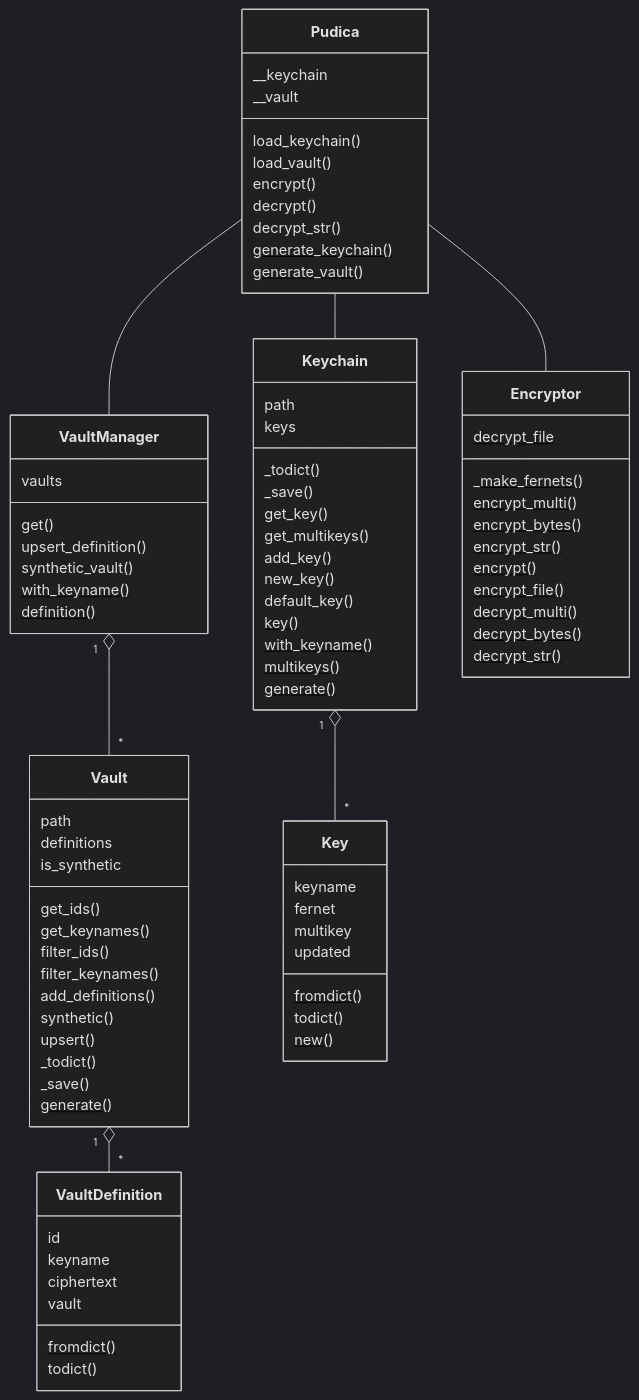
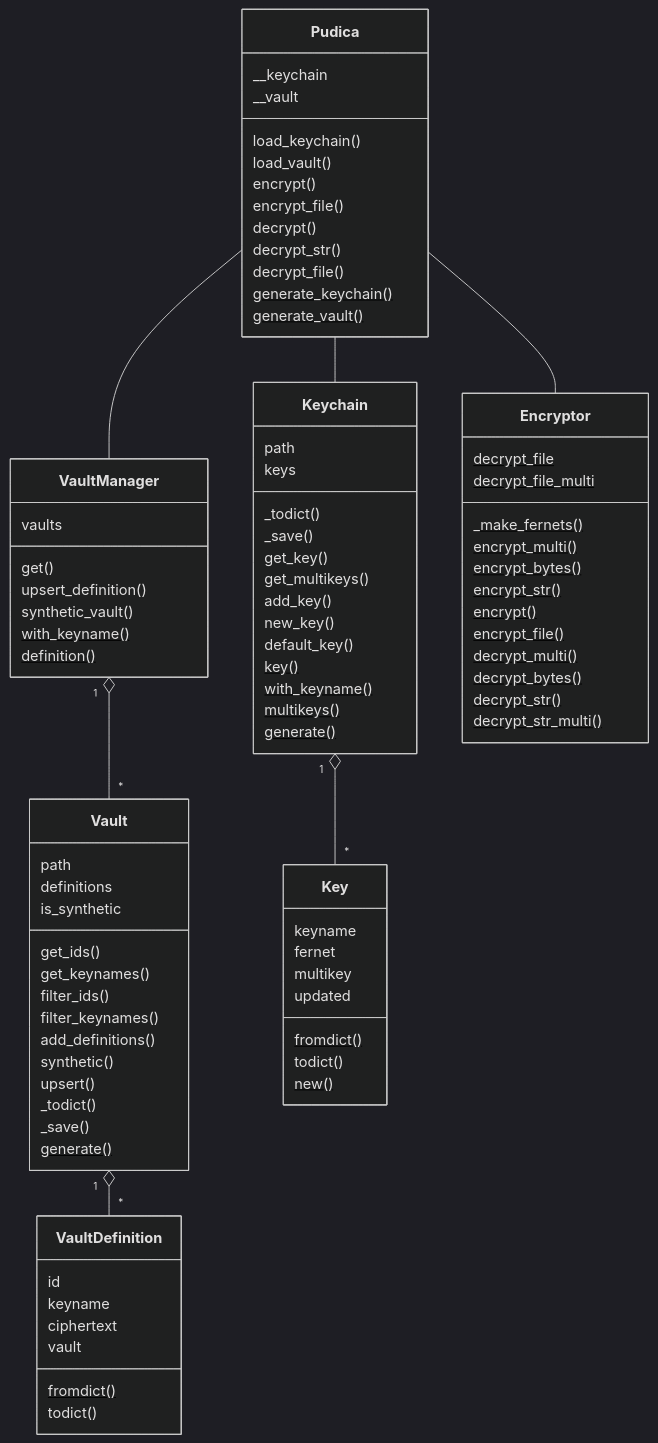
Before and after one commit to botanicode/pudica: the diagram in docs/class_diagram.md, drawn with Mermaid (dark theme). The commit also changed 2 other files, not shown here.

Commit message:
add fine encryption / decryption

```diff
--- a/docs/class_diagram.md
+++ b/docs/class_diagram.md
@@ -48,7 +48,9 @@
         decrypt_multi()$
         decrypt_bytes()$
         decrypt_str()$
+        decrypt_str_multi()$
         decrypt_file$
+        decrypt_file_multi$
       }
       class Pudica{
         __keychain
@@ -56,8 +58,10 @@
         load_keychain()
         load_vault()
         encrypt()
+        encrypt_file()
         decrypt()
         decrypt_str()
+        decrypt_file()
         generate_keychain()$
         generate_vault()$
       }
```
